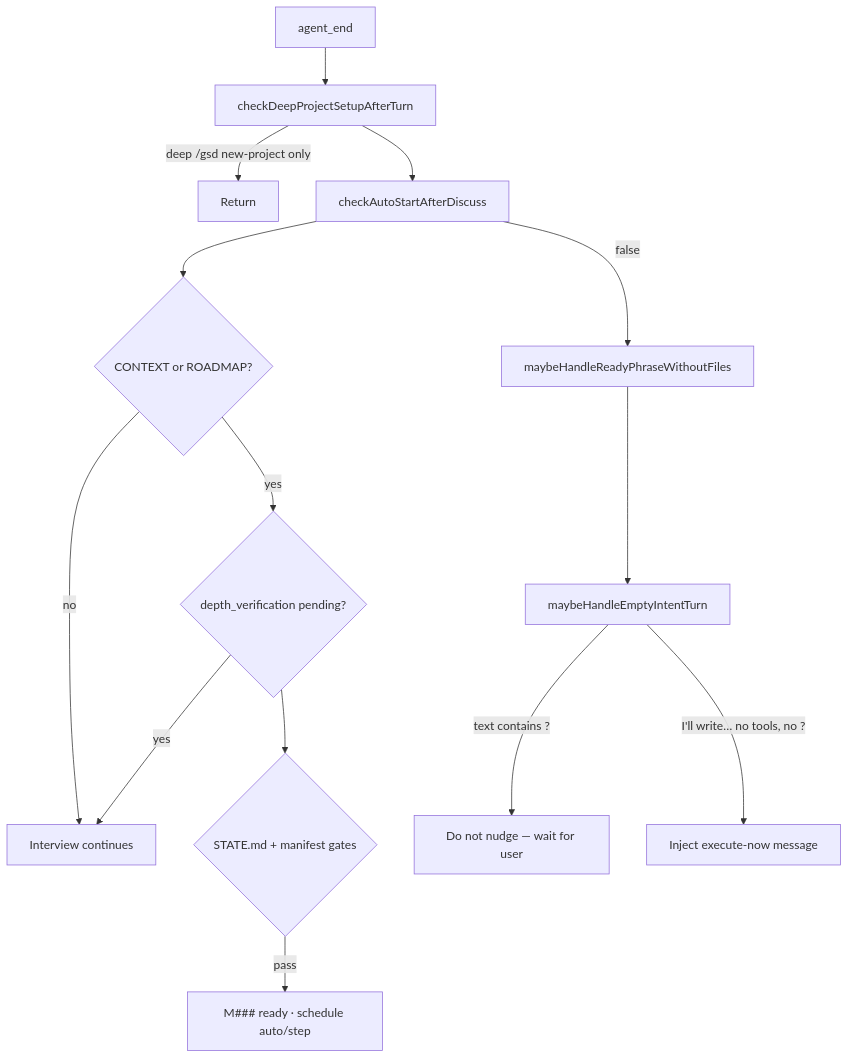
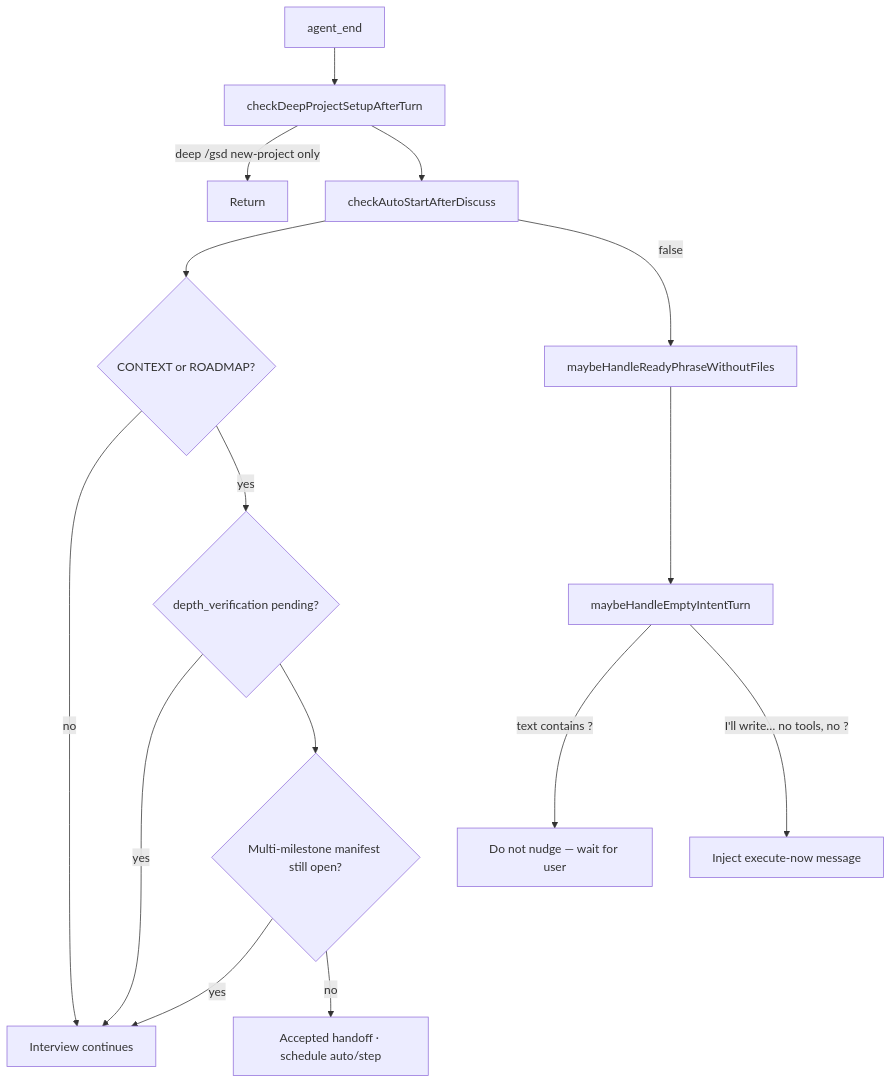
Before and after one commit to evolv3ai/gsd-pi: the fifth of 5 diagrams in docs/dev/new-milestone-discuss-flow.md, drawn with Mermaid. The commit also changed other lines of this file and 12 other files, not shown here.

````diff
--- a/docs/dev/new-milestone-discuss-flow.md
+++ b/docs/dev/new-milestone-discuss-flow.md
@@ -154,18 +154,19 @@
 ```mermaid
 flowchart TD
   AE["agent_end"] --> C1["checkDeepProjectSetupAfterTurn"]
   C1 -->|deep /gsd new-project only| STOP1[Return]
   C1 --> C2["checkAutoStartAfterDiscuss"]
 
   C2 --> G1{CONTEXT or ROADMAP?}
   G1 -->|no| WAIT[Interview continues]
   G1 -->|yes| G1a{depth_verification pending?}
   G1a -->|yes| WAIT
-  G1a --> G2{STATE.md + manifest gates}
-  G2 -->|pass| AUTO["M### ready · schedule auto/step"]
+  G1a --> G2{Multi-milestone manifest still open?}
+  G2 -->|yes| WAIT
+  G2 -->|no| AUTO["Accepted handoff · schedule auto/step"]
 
   C2 -->|false| R1["maybeHandleReadyPhraseWithoutFiles"]
   R1 --> R2["maybeHandleEmptyIntentTurn"]
   R2 -->|text contains ?| SKIP[Do not nudge — wait for user]
   R2 -->|I'll write… no tools, no ?| NUDGE[Inject execute-now message]
 ```
````
